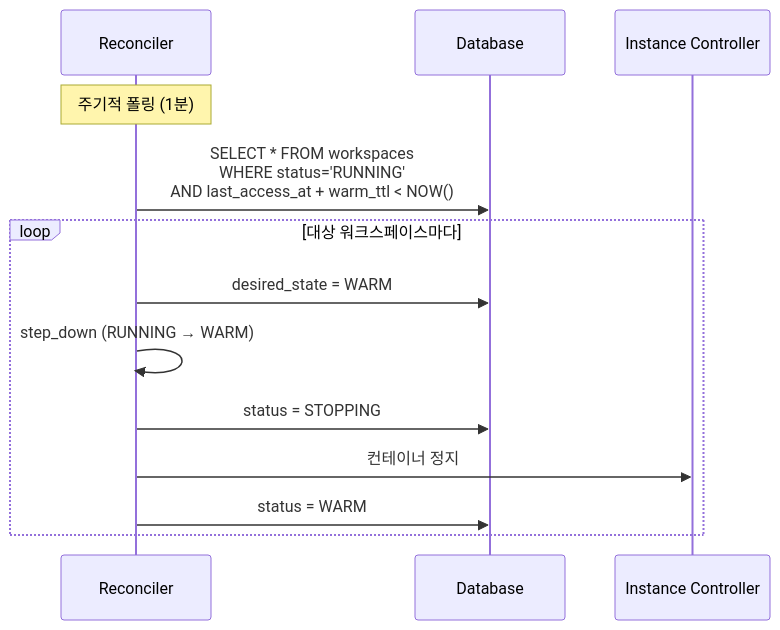
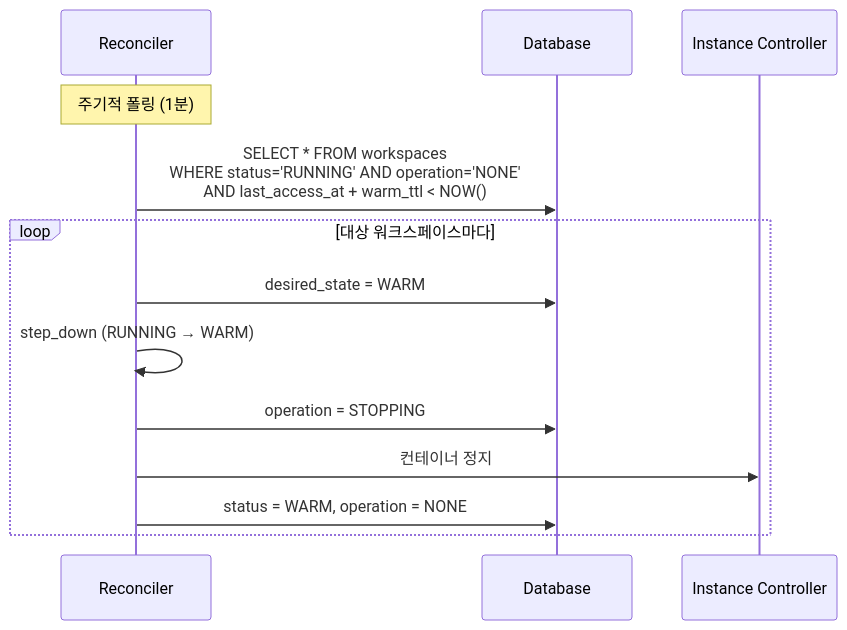
The third of 10 diagrams in docs/spec_v2/flows.md (cagojeiger/code-hub), drawn with Mermaid before and after one commit. The commit also changed other lines of this file and 4 other files, not shown here.

First line of the commit message:
docs(adr): add ADR-009 for status + operation separation

````diff
--- a/docs/spec_v2/flows.md
+++ b/docs/spec_v2/flows.md
@@ -121,17 +122,17 @@
 ```mermaid
 sequenceDiagram
     participant R as Reconciler
     participant DB as Database
     participant I as Instance Controller
 
     Note over R: 주기적 폴링 (1분)
-    R->>DB: SELECT * FROM workspaces<br/>WHERE status='RUNNING'<br/>AND last_access_at + warm_ttl < NOW()
+    R->>DB: SELECT * FROM workspaces<br/>WHERE status='RUNNING' AND operation='NONE'<br/>AND last_access_at + warm_ttl < NOW()
 
     loop 대상 워크스페이스마다
         R->>DB: desired_state = WARM
         R->>R: step_down (RUNNING → WARM)
-        R->>DB: status = STOPPING
+        R->>DB: operation = STOPPING
         R->>I: 컨테이너 정지
-        R->>DB: status = WARM
+        R->>DB: status = WARM, operation = NONE
     end
 ```
````
